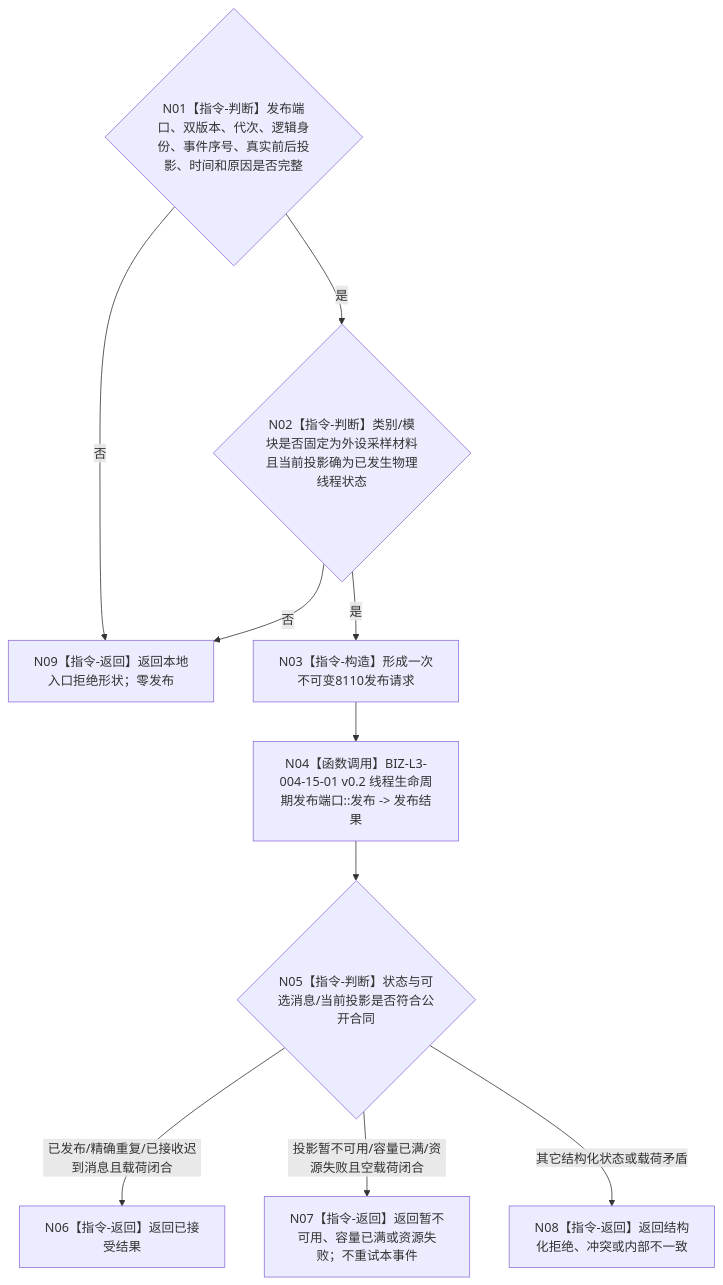
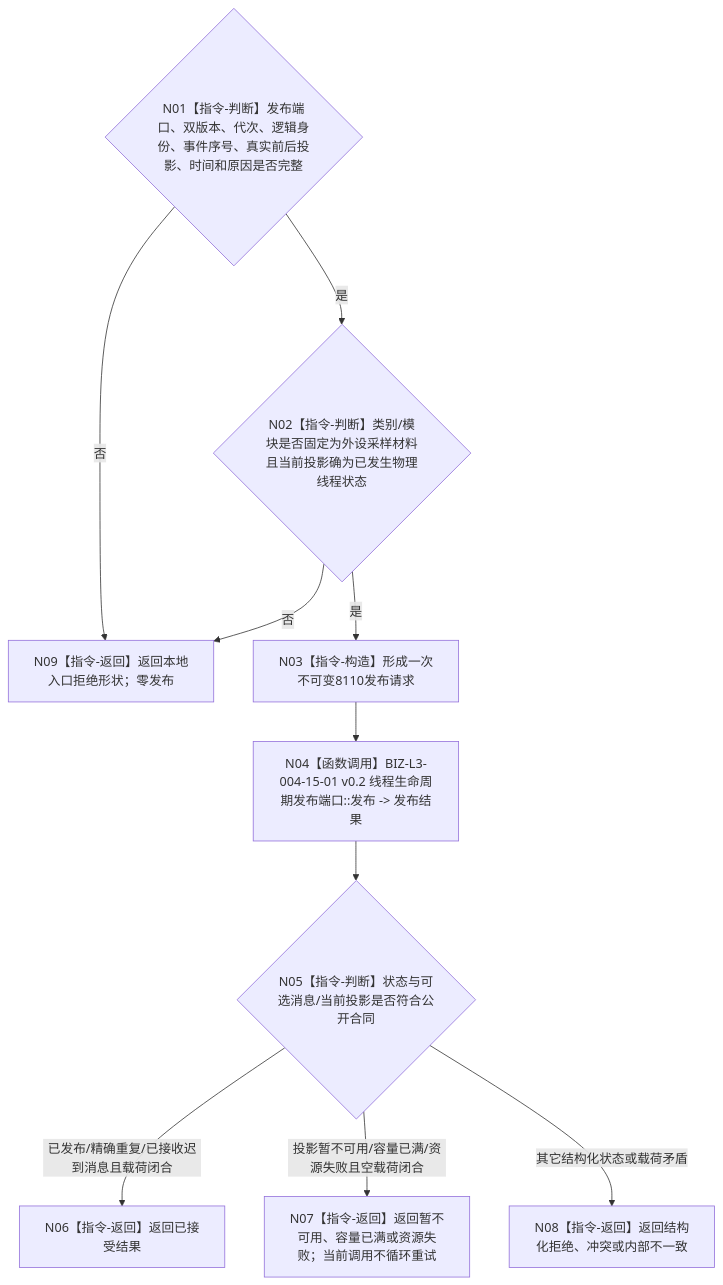
Before and after one commit to chunhaizh-cyber/HY-Ego: the diagram in 流程图/目标业务流程图/L2/BIZ-L2-006-05_报告一次外设线程生命周期投影_目标函数流程图_v0.1.md, drawn with Mermaid. The commit also changed other lines of this file and 4 other files, not shown here.

````diff
--- a/流程图/目标业务流程图/L2/BIZ-L2-006-05_报告一次外设线程生命周期投影_目标函数流程图_v0.1.md
+++ b/流程图/目标业务流程图/L2/BIZ-L2-006-05_报告一次外设线程生命周期投影_目标函数流程图_v0.1.md
@@ -30,20 +30,20 @@
 ```mermaid
 flowchart TD
     N01{"N01【指令-判断】发布端口、双版本、代次、逻辑身份、事件序号、真实前后投影、时间和原因是否完整"}
     N02{"N02【指令-判断】类别/模块是否固定为外设采样材料且当前投影确为已发生物理线程状态"}
     N03["N03【指令-构造】形成一次不可变8110发布请求"]
     N04["N04【函数调用】BIZ-L3-004-15-01 v0.2 线程生命周期发布端口::发布 -> 发布结果"]
     N05{"N05【指令-判断】状态与可选消息/当前投影是否符合公开合同"}
     N06["N06【指令-返回】返回已接受结果"]
-    N07["N07【指令-返回】返回暂不可用、容量已满或资源失败；不重试本事件"]
+    N07["N07【指令-返回】返回暂不可用、容量已满或资源失败；当前调用不循环重试"]
     N08["N08【指令-返回】返回结构化拒绝、冲突或内部不一致"]
     N09["N09【指令-返回】返回本地入口拒绝形状；零发布"]
 
     N01 -->|否| N09
     N01 -->|是| N02
     N02 -->|否| N09
     N02 -->|是| N03 --> N04 --> N05
     N05 -->|已发布/精确重复/已接收迟到消息且载荷闭合| N06
     N05 -->|投影暂不可用/容量已满/资源失败且空载荷闭合| N07
     N05 -->|其它结构化状态或载荷矛盾| N08
 ```
````
